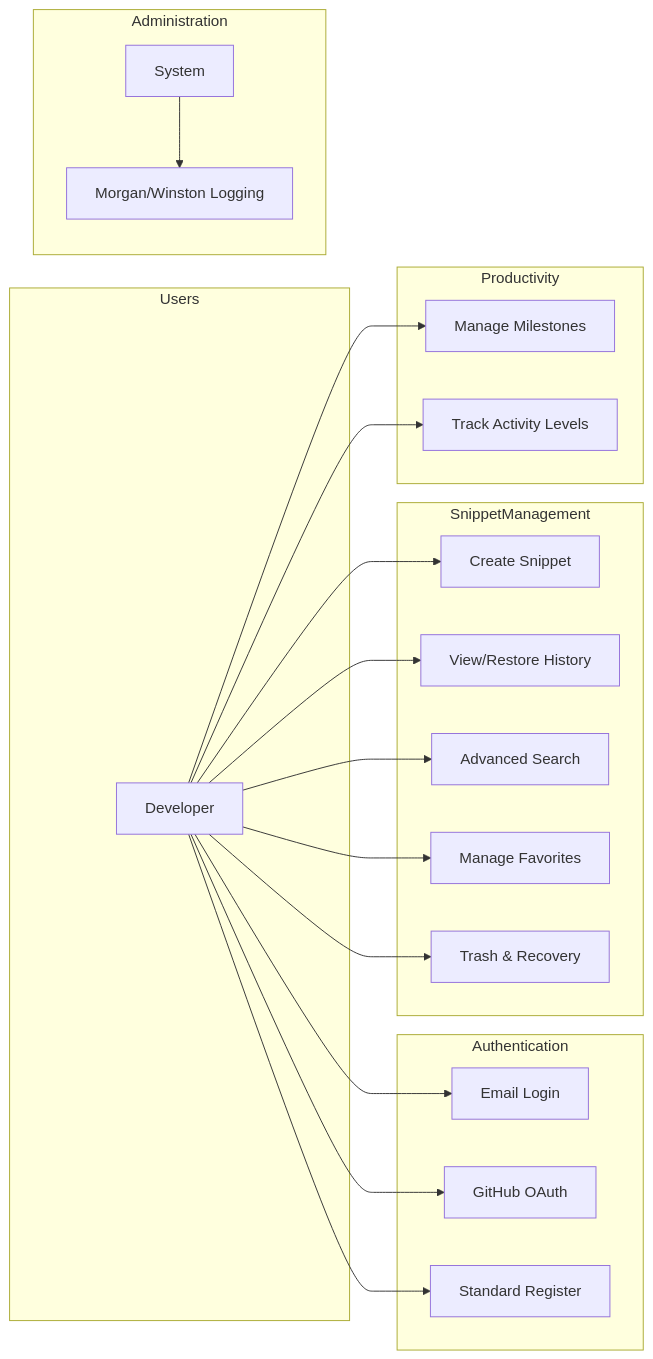
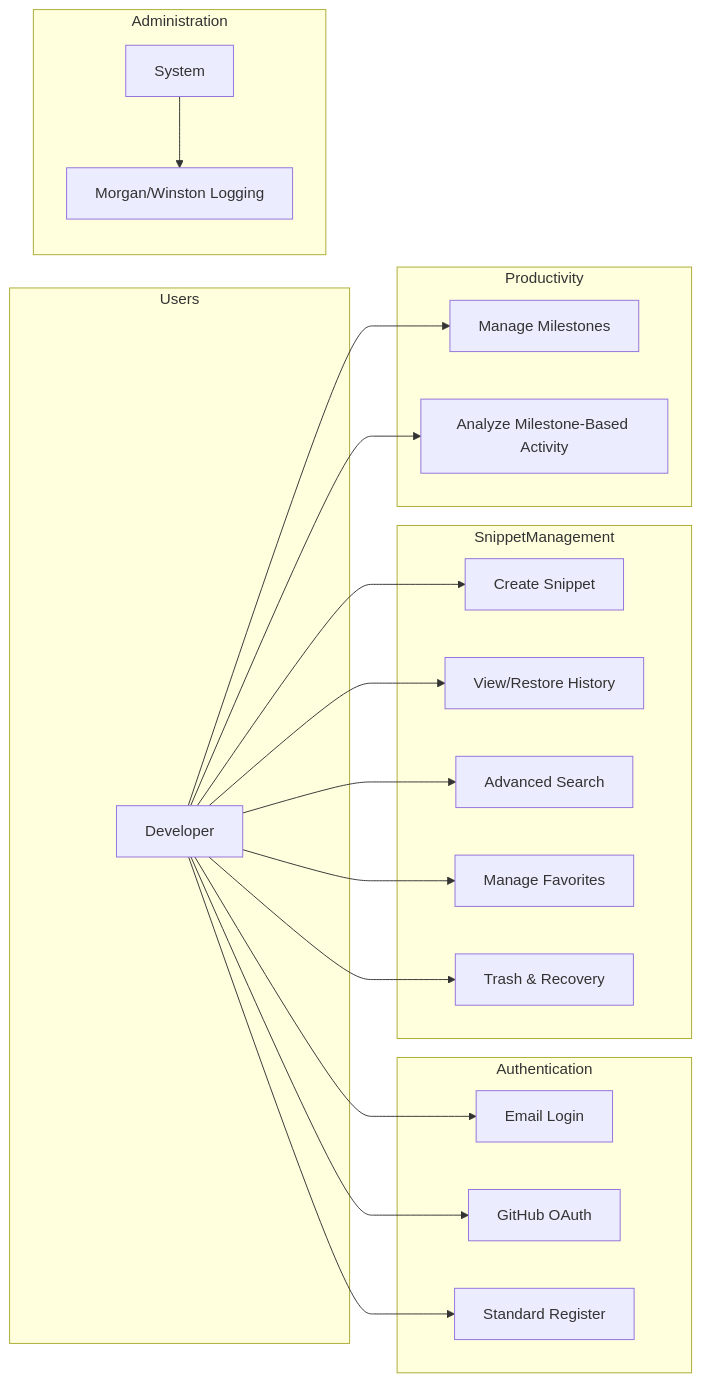
One commit to mahi656/Code-Snippet changed the diagram in useCaseDiagram.md. Above: the diagram before and after it, drawn with Mermaid. The commit also changed 5 other files, not shown here.

````diff
--- a/useCaseDiagram.md
+++ b/useCaseDiagram.md
@@ -1,29 +1,29 @@
 ```mermaid
 flowchart LR
     subgraph Users
         Developer
     end
 
     subgraph Authentication
         Developer --> LoginEmail[Email Login]
         Developer --> LoginGitHub[GitHub OAuth]
         Developer --> Register[Standard Register]
     end
 
     subgraph SnippetManagement
         Developer --> Create[Create Snippet]
         Developer --> VersionControl[View/Restore History]
         Developer --> Search[Advanced Search]
         Developer --> Favorites[Manage Favorites]
         Developer --> Trash[Trash & Recovery]
     end
 
     subgraph Productivity
         Developer --> Calendar[Manage Milestones]
-        Developer --> Activity[Track Activity Levels]
+        Developer --> Activity[Analyze Milestone-Based Activity]
     end
 
     subgraph Administration
         System --> Logs[Morgan/Winston Logging]
     end
 ```
````
